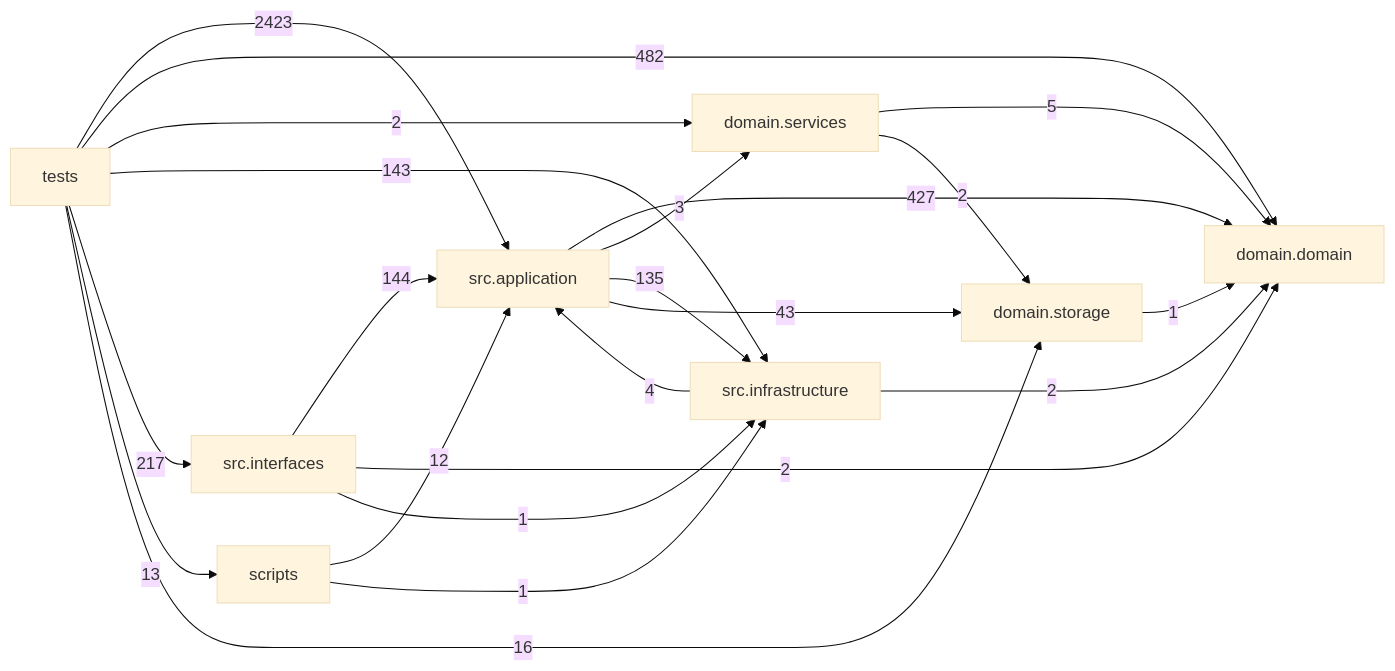
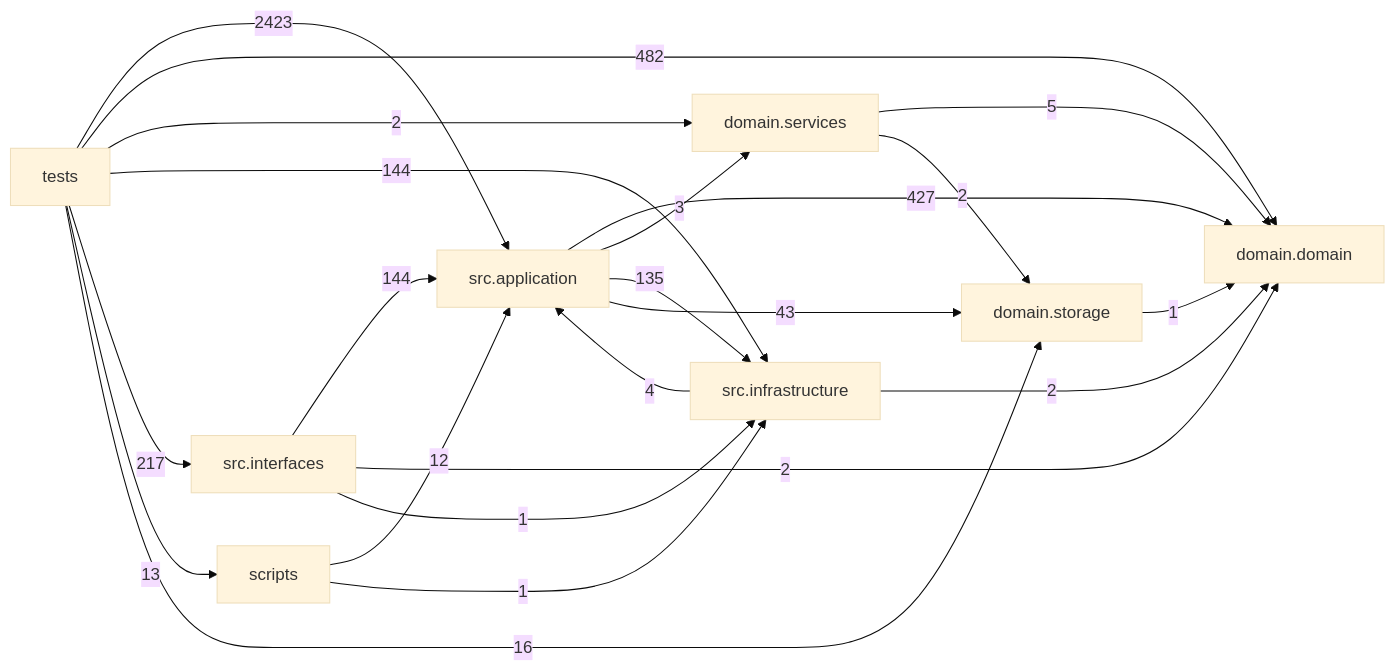
Before and after one commit to liuxie066/options-monitor: the diagram in docs/DEPENDENCY_GRAPH.md, drawn with Mermaid (base theme). The commit also changed other lines of this file, not shown here.

Commit message:
docs: refresh dependency graph

````diff
--- a/docs/DEPENDENCY_GRAPH.md
+++ b/docs/DEPENDENCY_GRAPH.md
@@ -24,32 +24,32 @@
 ```mermaid
 flowchart LR
   tests["tests"]
   scripts["scripts"]
   interfaces["src.interfaces"]
   application["src.application"]
   infrastructure["src.infrastructure"]
   domain_services["domain.services"]
   domain["domain.domain"]
   storage["domain.storage"]
   application -->|427| domain
   application -->|3| domain_services
   application -->|135| infrastructure
   application -->|43| storage
   domain_services -->|5| domain
   domain_services -->|2| storage
   infrastructure -->|4| application
   infrastructure -->|2| domain
   interfaces -->|144| application
   interfaces -->|2| domain
   interfaces -->|1| infrastructure
   scripts -->|12| application
   scripts -->|1| infrastructure
   storage -->|1| domain
   tests -->|2423| application
   tests -->|482| domain
   tests -->|2| domain_services
-  tests -->|143| infrastructure
+  tests -->|144| infrastructure
   tests -->|217| interfaces
   tests -->|13| scripts
   tests -->|16| storage
 ```
````
